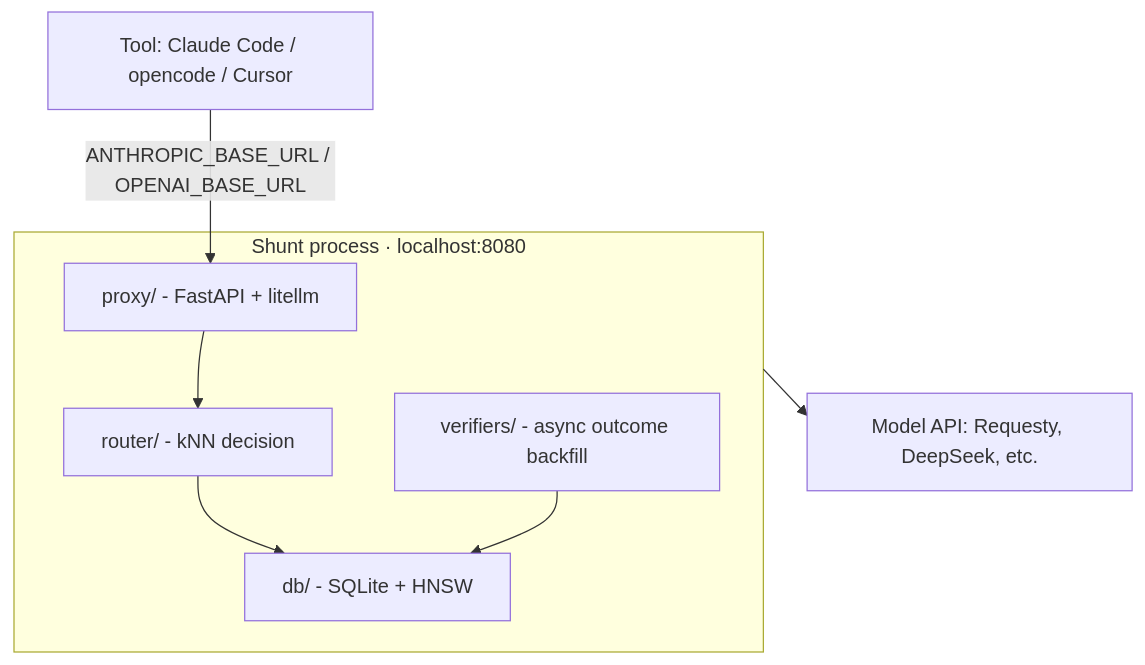
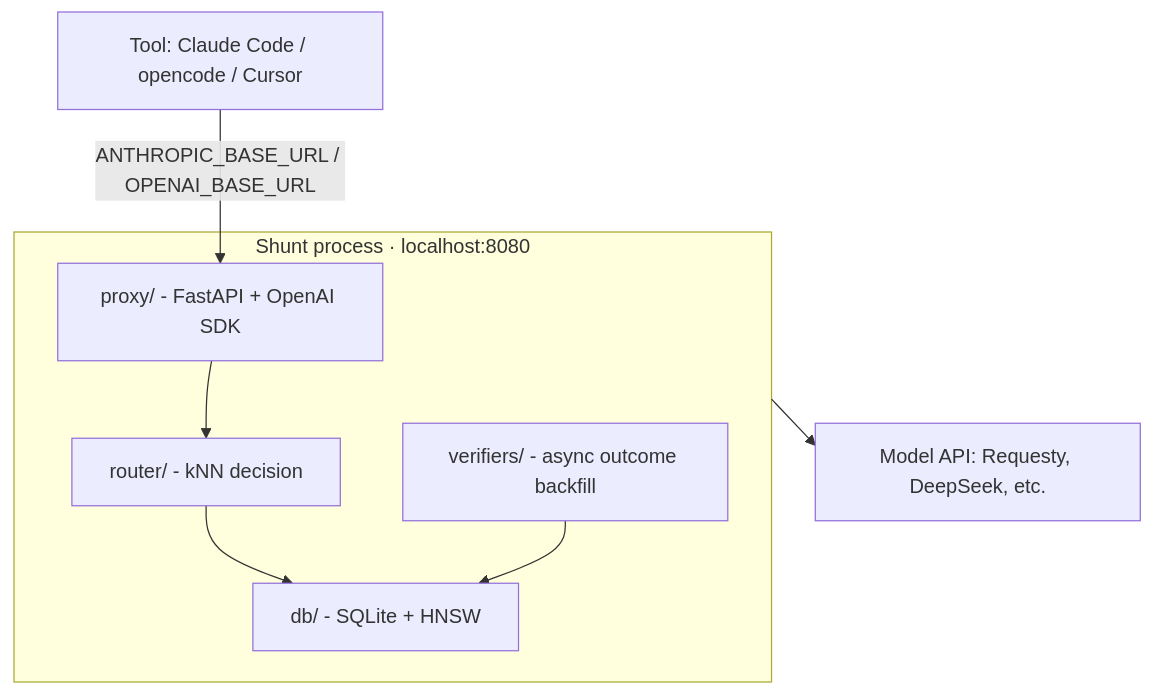
Before and after one commit to KookaS/shunt: the diagram in docs/architecture.md, drawn with Mermaid. The commit also changed other lines of this file and 130 other files, not shown here.

````diff
--- a/docs/architecture.md
+++ b/docs/architecture.md
@@ -14,10 +12,10 @@
 ```mermaid
 graph TD
   A[Tool: Claude Code / opencode / Cursor] -->|ANTHROPIC_BASE_URL / OPENAI_BASE_URL| P
   subgraph Shunt[Shunt process · localhost:8080]
-    P[proxy/ - FastAPI + litellm] --> R[router/ - kNN decision]
+    P[proxy/ - FastAPI + OpenAI SDK] --> R[router/ - kNN decision]
     R --> D[db/ - SQLite + HNSW]
     V[verifiers/ - async outcome backfill] --> D
   end
   Shunt --> E[Model API: Requesty, DeepSeek, etc.]
 ```
````
